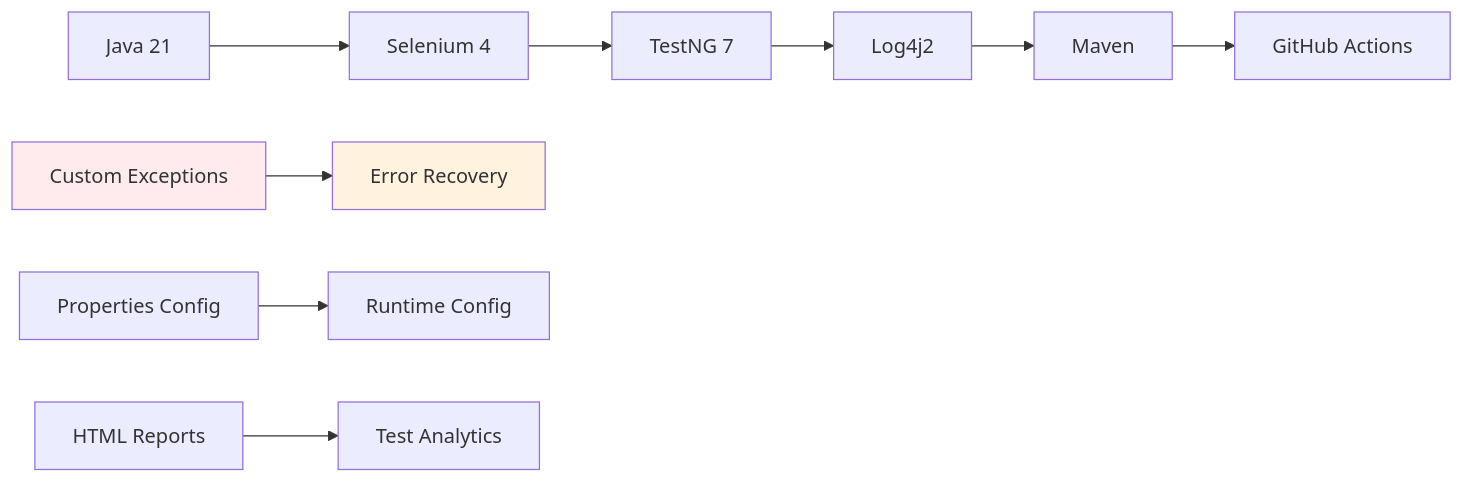
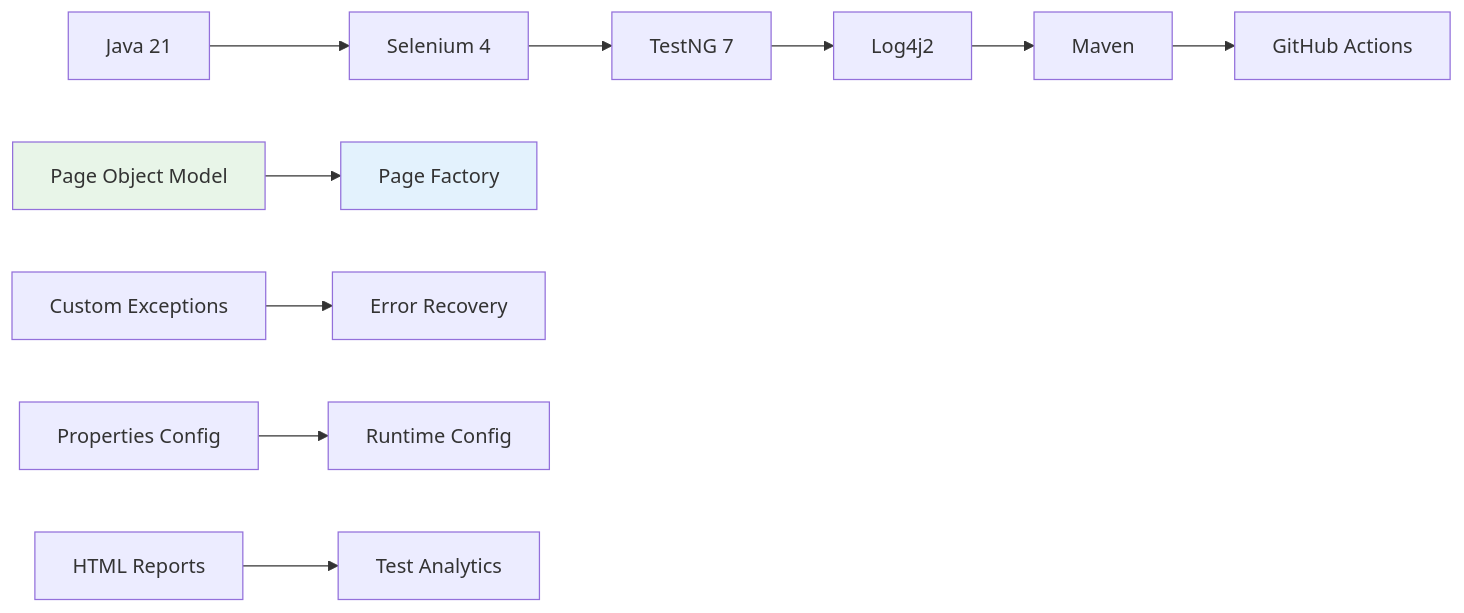
Before and after one commit to Anuj-Patiyal/hybrid-framework: the sixth of 12 diagrams in README.md, drawn with Mermaid. The commit also changed other lines of this file and 8 other files, not shown here.

First line of the commit message:
🎯 [RELEASE] 🚀 v0.6.0 - Page Object Model Release (#33)

````diff
--- a/README.md
+++ b/README.md
@@ -166,15 +194,16 @@
 ```mermaid
 graph LR
     A[Java 21] --> B[Selenium 4]
     B --> C[TestNG 7]
     C --> D[Log4j2]
     D --> E[Maven]
     E --> F[GitHub Actions]
     
-    G[Custom Exceptions] --> H[Error Recovery]
-    I[Properties Config] --> J[Runtime Config]
-    K[HTML Reports] --> L[Test Analytics]
+    G[Page Object Model] --> H[Page Factory]
+    I[Custom Exceptions] --> J[Error Recovery]
+    K[Properties Config] --> L[Runtime Config]
+    M[HTML Reports] --> N[Test Analytics]
     
-    style G fill:#ffebee
-    style H fill:#fff3e0
+    style G fill:#e8f5e8
+    style H fill:#e3f2fd
 ```
````
